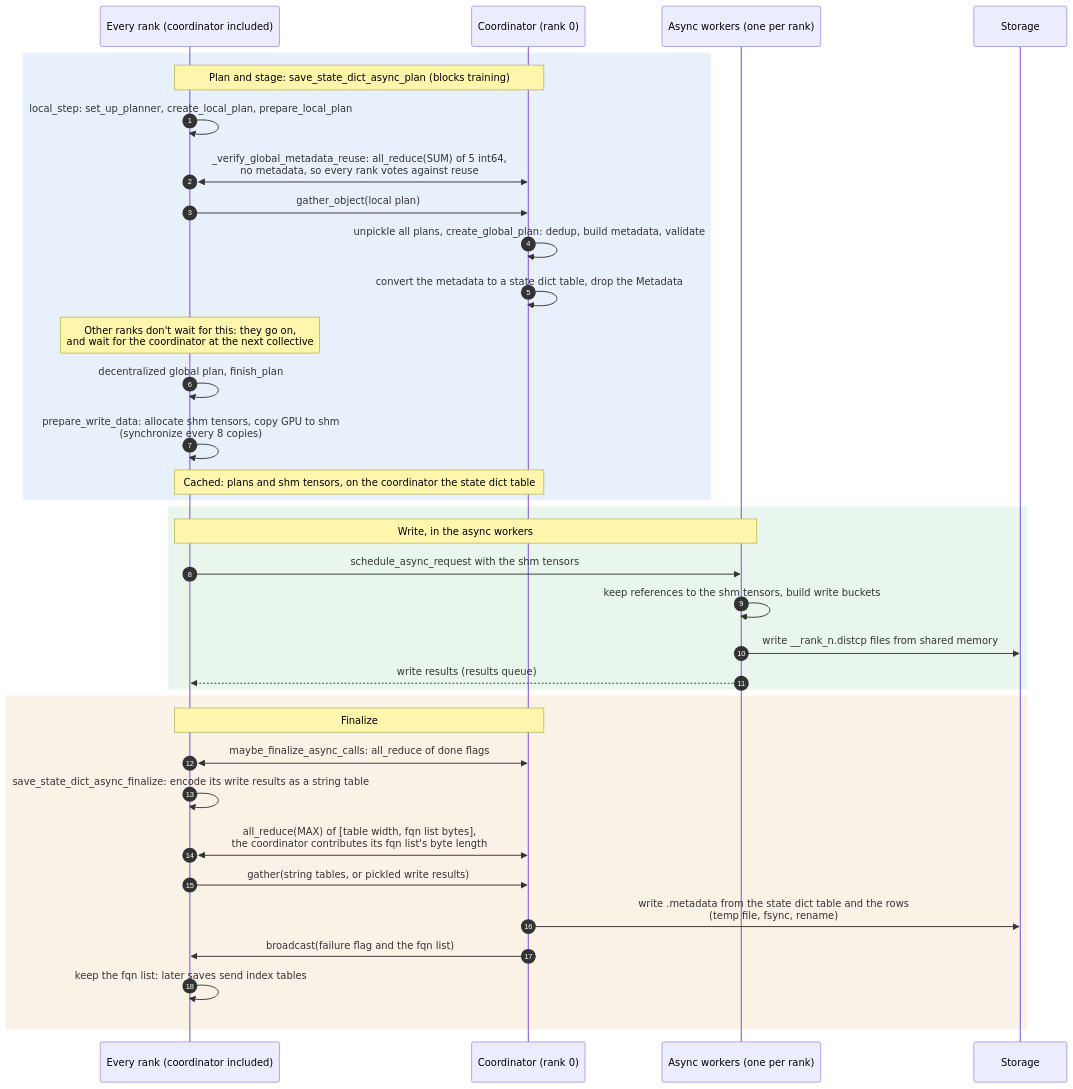
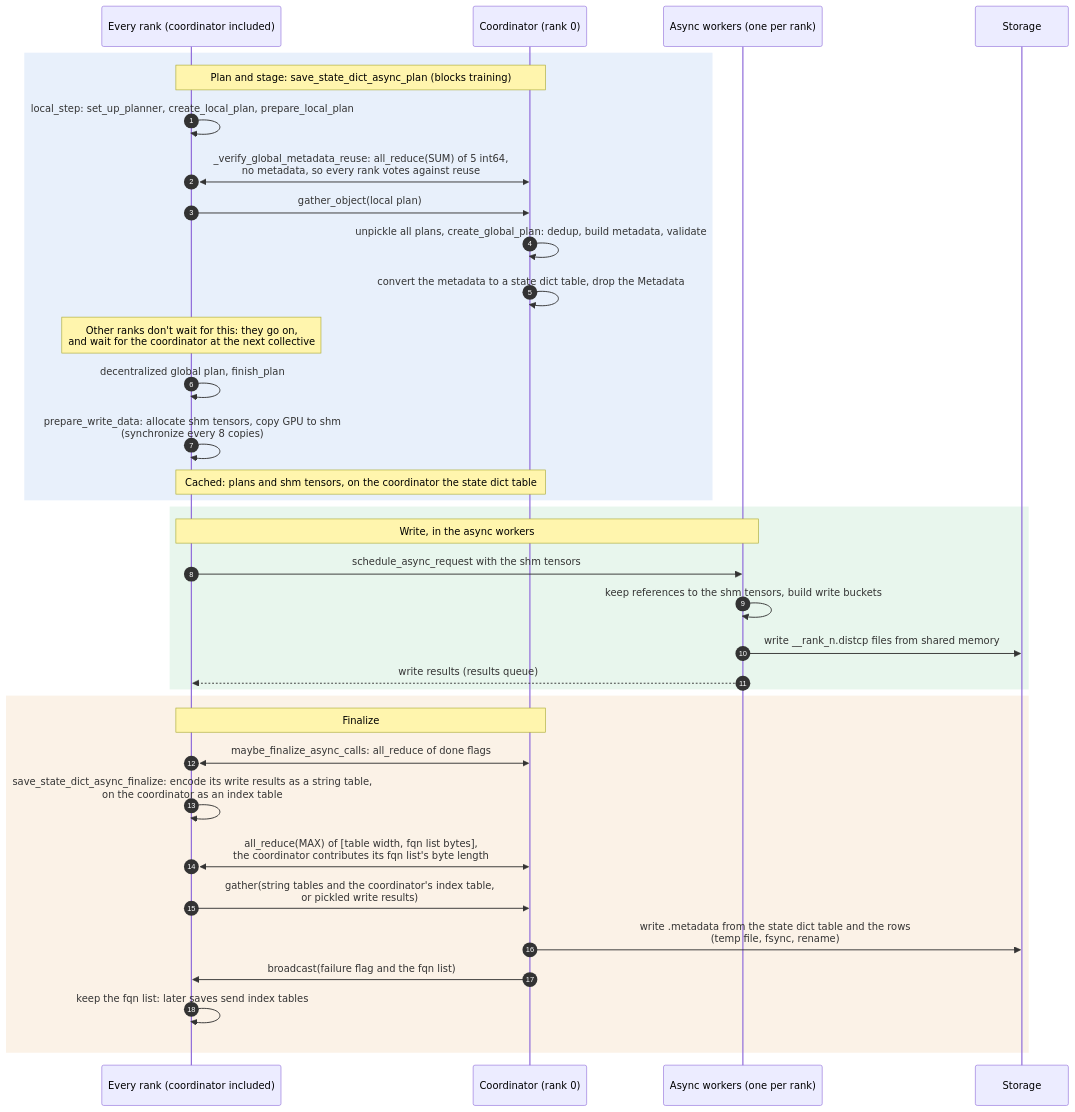
Before and after one commit to NVIDIA/nvidia-resiliency-ext: the third of 5 diagrams in docs/design/checkpoint/ASYNC_SAVE.md, drawn with Mermaid. The commit also changed other lines of this file, not shown here.

First line of the commit message:
Describe the coordinator's index table and the no-cache table in the doc

````diff
--- a/docs/design/checkpoint/ASYNC_SAVE.md
+++ b/docs/design/checkpoint/ASYNC_SAVE.md
@@ -262,40 +262,40 @@
 ```mermaid
 sequenceDiagram
     autonumber
     participant R as Every rank (coordinator included)
     participant C as Coordinator (rank 0)
     participant W as Async workers (one per rank)
     participant S as Storage
 
     rect rgba(70, 130, 220, 0.12)
     Note over R,C: Plan and stage: save_state_dict_async_plan (blocks training)
     R->>R: local_step: set_up_planner, create_local_plan, prepare_local_plan
     R<<->>C: _verify_global_metadata_reuse: all_reduce(SUM) of 5 int64,<br/>no metadata, so every rank votes against reuse
     R->>C: gather_object(local plan)
     C->>C: unpickle all plans, create_global_plan: dedup, build metadata, validate
     C->>C: convert the metadata to a state dict table, drop the Metadata
     Note over R: Other ranks don't wait for this: they go on,<br/>and wait for the coordinator at the next collective
     R->>R: decentralized global plan, finish_plan
     R->>R: prepare_write_data: allocate shm tensors, copy GPU to shm<br/>(synchronize every 8 copies)
     Note over R,C: Cached: plans and shm tensors, on the coordinator the state dict table
     end
 
     rect rgba(70, 180, 110, 0.12)
     Note over R,W: Write, in the async workers
     R->>W: schedule_async_request with the shm tensors
     W->>W: keep references to the shm tensors, build write buckets
     W->>S: write __rank_n.distcp files from shared memory
     W-->>R: write results (results queue)
     end
 
     rect rgba(220, 150, 60, 0.12)
     Note over R,C: Finalize
     R<<->>C: maybe_finalize_async_calls: all_reduce of done flags
-    R->>R: save_state_dict_async_finalize: encode its write results as a string table
+    R->>R: save_state_dict_async_finalize: encode its write results as a string table,<br/>on the coordinator as an index table
     R<<->>C: all_reduce(MAX) of [table width, fqn list bytes],<br/>the coordinator contributes its fqn list's byte length
-    R->>C: gather(string tables, or pickled write results)
+    R->>C: gather(string tables and the coordinator's index table,<br/>or pickled write results)
     C->>S: write .metadata from the state dict table and the rows<br/>(temp file, fsync, rename)
     C->>R: broadcast(failure flag and the fqn list)
     R->>R: keep the fqn list: later saves send index tables
     end
 ```
````
